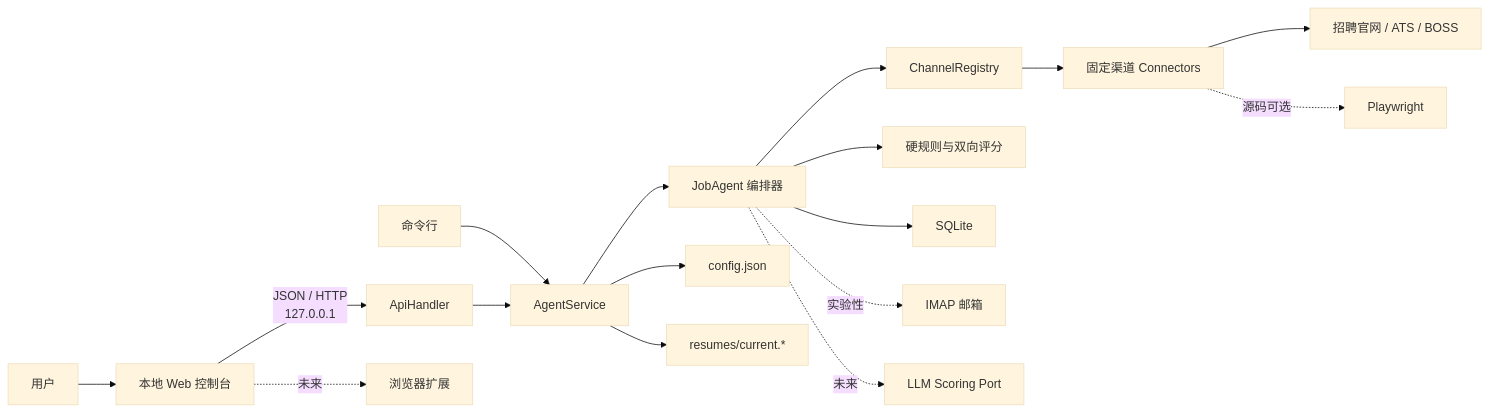
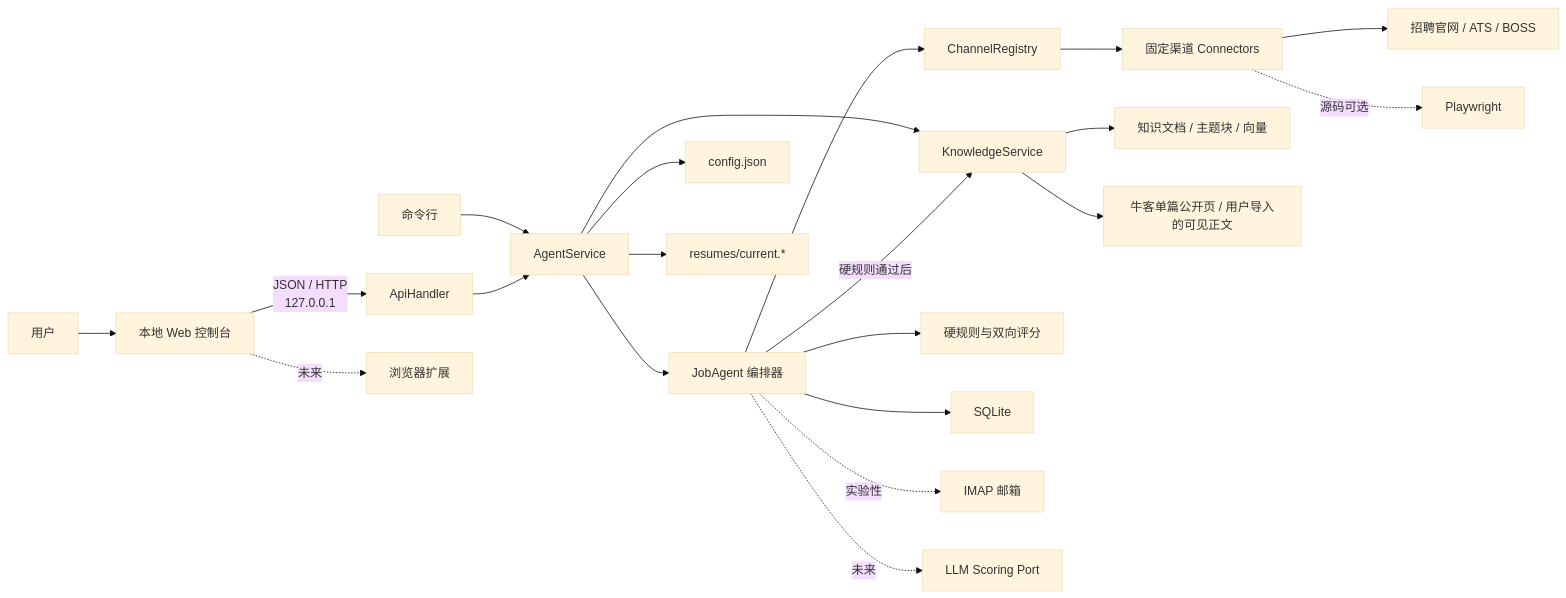
The first of 7 diagrams in docs/ARCHITECTURE.md (dailaor/job-agent), drawn with Mermaid (base theme) before and after one commit. The commit also changed other lines of this file and 52 other files, not shown here.

````diff
--- a/docs/ARCHITECTURE.md
+++ b/docs/ARCHITECTURE.md
@@ -32,19 +35,23 @@
 ```mermaid
 flowchart LR
     U["用户"] --> UI["本地 Web 控制台"]
     UI -->|"JSON / HTTP\n127.0.0.1"| API["ApiHandler"]
     CLI["命令行"] --> SVC["AgentService"]
     API --> SVC
     SVC --> AGENT["JobAgent 编排器"]
+    SVC --> KNOW["KnowledgeService"]
     SVC --> CFG["config.json"]
     SVC --> RESUME["resumes/current.*"]
     AGENT --> REG["ChannelRegistry"]
     REG --> CONN["固定渠道 Connectors"]
     CONN --> PORTALS["招聘官网 / ATS / BOSS"]
+    KNOW --> KDB["知识文档 / 主题块 / 向量"]
+    KNOW --> POSTS["牛客单篇公开页 / 用户导入的可见正文"]
     AGENT --> MATCH["硬规则与双向评分"]
+    AGENT -->|"硬规则通过后"| KNOW
     AGENT --> DB["SQLite"]
     AGENT -. "实验性" .-> MAIL["IMAP 邮箱"]
     CONN -. "源码可选" .-> PW["Playwright"]
     UI -. "未来" .-> EXT["浏览器扩展"]
     AGENT -. "未来" .-> LLM["LLM Scoring Port"]
 ```
````
